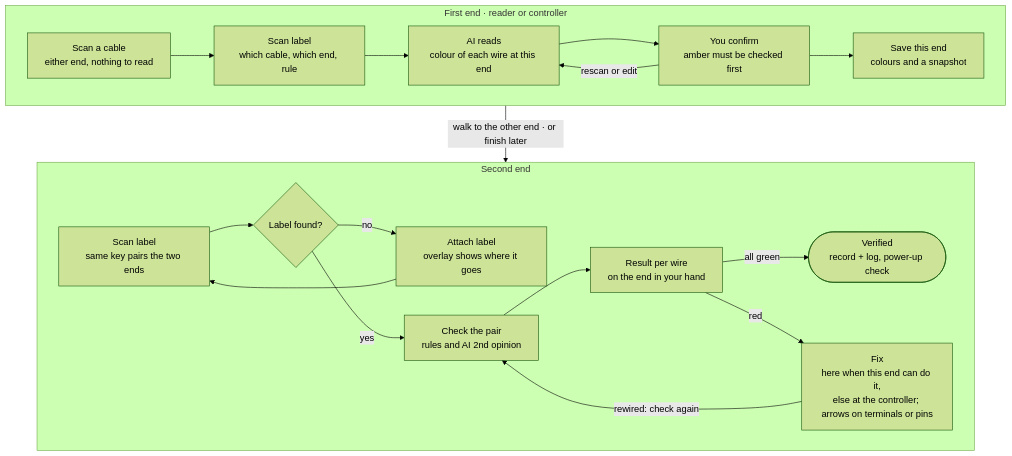
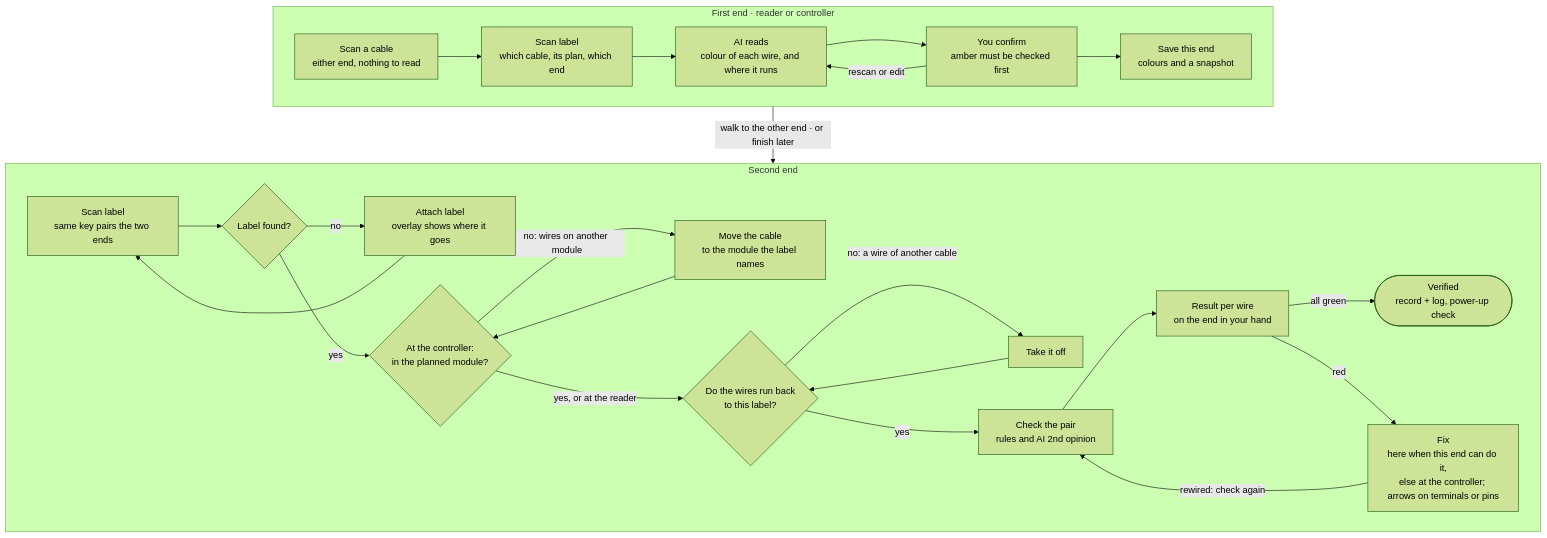
The first of 2 diagrams in docs/design-rationale.md (fury471/installer-assistant), drawn with Mermaid (forest theme) before and after one commit. The commit also changed other lines of this file and 46 other files, not shown here.

First line of the commit message:
Labels carry the cable's plan; zone and other-cable checks

````diff
--- a/docs/design-rationale.md
+++ b/docs/design-rationale.md
@@ -71,23 +73,29 @@
 ```mermaid
 flowchart TB
     subgraph first["First end · reader or controller"]
         direction LR
-        S["Scan a cable<br/>either end, nothing to read"] --> L1["Scan label<br/>which cable, which end, rule"]
-        L1 --> R1["AI reads<br/>colour of each wire at this end"]
+        S["Scan a cable<br/>either end, nothing to read"] --> L1["Scan label<br/>which cable, its plan, which end"]
+        L1 --> R1["AI reads<br/>colour of each wire, and where it runs"]
         R1 --> C1["You confirm<br/>amber must be checked first"]
         C1 -- "rescan or edit" --> R1
         C1 --> SV["Save this end<br/>colours and a snapshot"]
     end
     subgraph second["Second end"]
         direction LR
         L2["Scan label<br/>same key pairs the two ends"] --> Q{"Label found?"}
         Q -- no --> AT["Attach label<br/>overlay shows where it goes"]
         AT --> L2
-        Q -- yes --> CK["Check the pair<br/>rules and AI 2nd opinion"]
+        Q -- yes --> Z{"At the controller:<br/>in the planned module?"}
+        Z -- "no: wires on another module" --> MV["Move the cable<br/>to the module the label names"]
+        MV --> Z
+        Z -- "yes, or at the reader" --> B{"Do the wires run back<br/>to this label?"}
+        B -- "no: a wire of another cable" --> TO["Take it off"]
+        TO --> B
+        B -- yes --> CK["Check the pair<br/>rules and AI 2nd opinion"]
         CK --> RS["Result per wire<br/>on the end in your hand"]
         RS -- "all green" --> V(["Verified<br/>record + log, power-up check"])
         RS -- red --> FX["Fix<br/>here when this end can do it,<br/>else at the controller; arrows on terminals or pins"]
         FX -- "rewired: check again" --> CK
     end
     SV -- "walk to the other end · or finish later" --> L2
 ```
````
